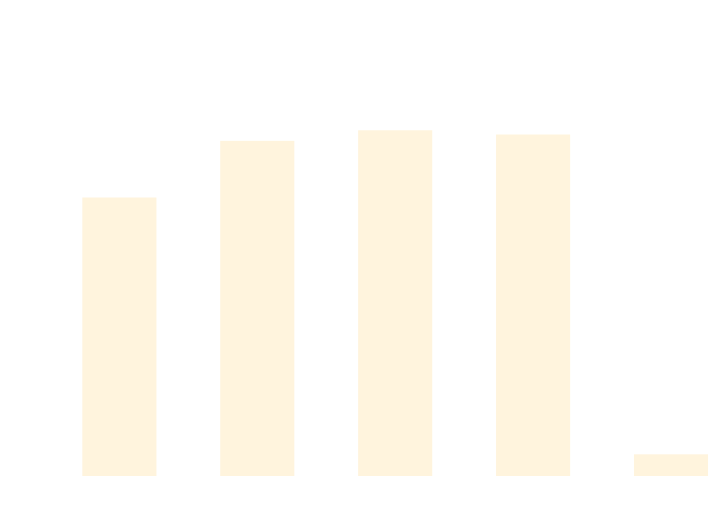
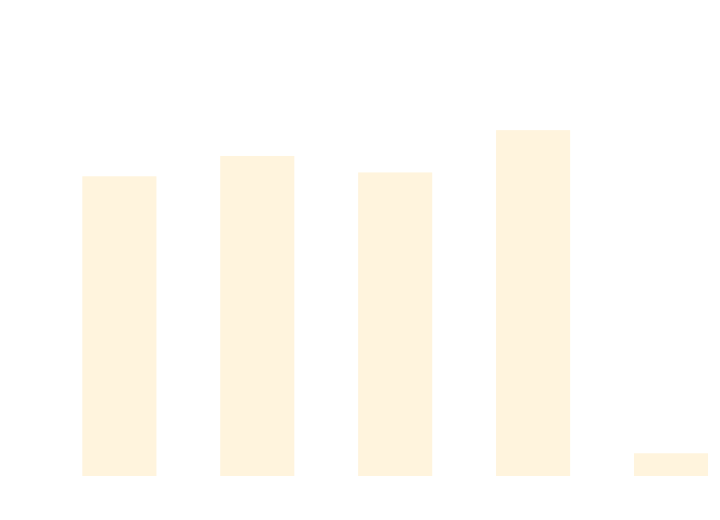
The diagram in docs/docs/benchmarks/DataDrivenTests.md (thomhurst/TUnit), drawn with Mermaid before and after one commit. The commit also changed other lines of this file and 17 other files, not shown here.

````diff
--- a/docs/docs/benchmarks/DataDrivenTests.md
+++ b/docs/docs/benchmarks/DataDrivenTests.md
@@ -27,37 +27,37 @@
 ```mermaid
 %%{init: {
   'theme':'base',
   'themeVariables': {
     'primaryColor': '#2563eb',
     'primaryTextColor': '#ffffff',
     'primaryBorderColor': '#1e40af',
     'lineColor': '#6b7280',
     'secondaryColor': '#7c3aed',
     'tertiaryColor': '#dc2626',
     'background': '#ffffff',
     'mainBkg': '#2563eb',
     'secondBkg': '#7c3aed',
     'tertiaryBkg': '#dc2626',
     'clusterBkg': '#f3f4f6',
     'edgeLabelBackground': '#ffffff',
     'tertiaryTextColor': '#1f2937',
     'pie1': '#2563eb',
     'pie2': '#7c3aed',
     'pie3': '#dc2626',
     'pie4': '#f59e0b',
     'pie5': '#10b981',
     'pie6': '#06b6d4',
     'pie7': '#ec4899',
     'pie8': '#6366f1',
     'pie9': '#84cc16',
     'pie10': '#f97316',
     'pie11': '#14b8a6',
     'pie12': '#a855f7'
   }
 }}%%
 xychart-beta
   title "DataDrivenTests Performance Comparison"
   x-axis ["TUnit", "NUnit", "MSTest", "xUnit3", "TUnit_AOT"]
-  y-axis "Time (ms)" 0 --> 729
-  bar [486, 587.97, 606.98, 599.37, 23.7]
+  y-axis "Time (ms)" 0 --> 686
+  bar [493.28, 527.71, 499.8, 571.43, 24.09]
 ```
````
